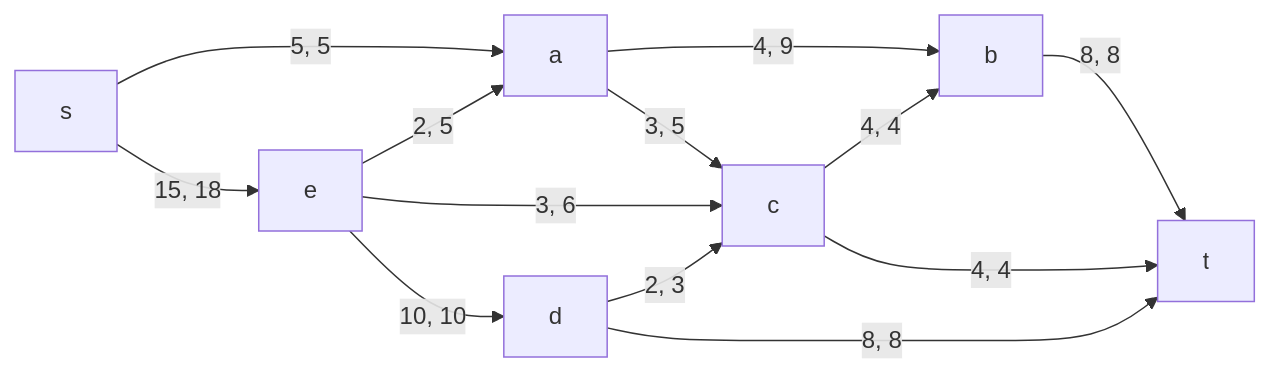
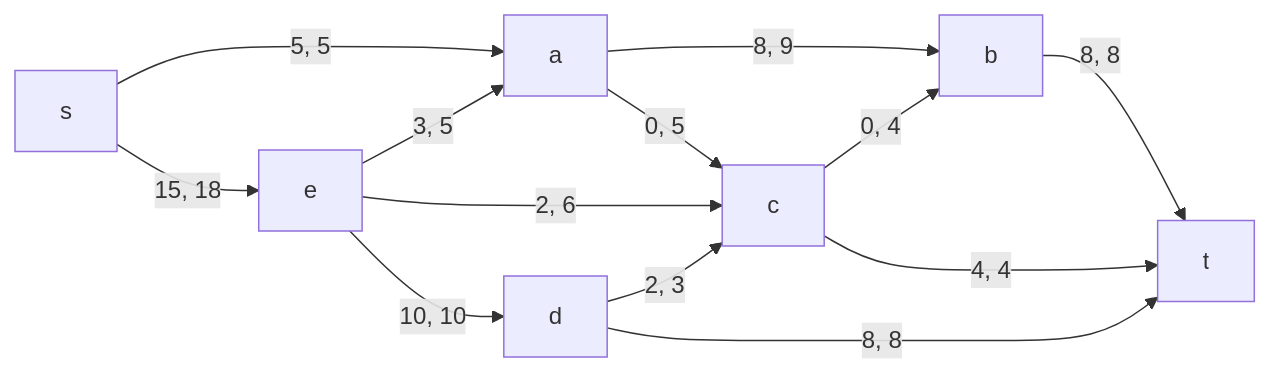
One commit to hse-algo-24-owl/manual-tasks-owl changed diagram 15 of 15 in task-10/killnet.md. Above: the diagram before and after it, drawn with Mermaid. The commit also changed other lines of this file, not shown here.

````diff
--- a/task-10/killnet.md
+++ b/task-10/killnet.md
@@ -214,15 +362,15 @@
 ```mermaid
 graph LR
     s-->|5, 5|a
     s-->|15, 18|e
-    e-->|2, 5|a
-    e-->|3, 6|c
+    e-->|3, 5|a
+    e-->|2, 6|c
     e-->|10, 10|d
-    a-->|4, 9|b
-    a-->|3, 5|c
-    c-->|4, 4|b
+    a-->|8, 9|b
+    a-->|0, 5|c
+    c-->|0, 4|b
     d-->|2, 3|c
     b-->|8, 8|t
     c-->|4, 4|t
     d-->|8, 8|t
 ```
````
